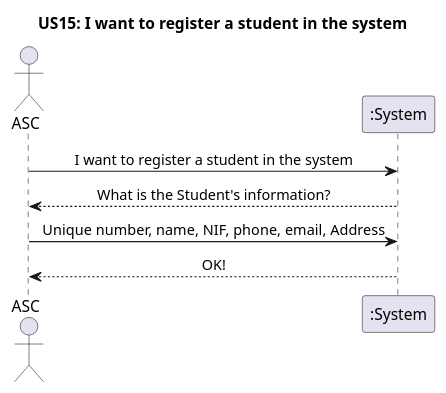
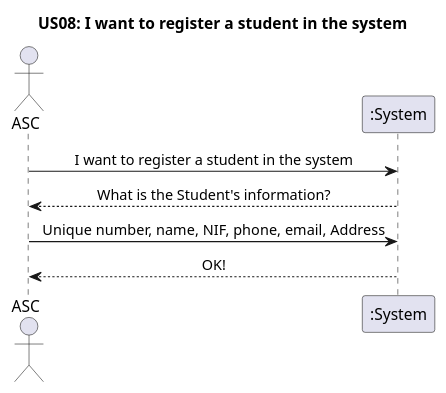
The diagram in docs/sequenceDiagrams/US08/US08_RegisterStudentInSystem_SSD.puml (GasparISEP/DevOps-PAI), drawn with PlantUML before and after one commit. The commit also changed 1 other file, not shown here.

Commit message:
Altered US08 Sequence Diagram Made correction to US08 SSD

```diff
--- a/docs/sequenceDiagrams/US08/US08_RegisterStudentInSystem_SSD.puml
+++ b/docs/sequenceDiagrams/US08/US08_RegisterStudentInSystem_SSD.puml
@@ -1,15 +1,15 @@
 @startuml
 'https://plantuml.com/sequence-diagram
 
 skinparam sequenceMessageAlign center
 
-title US15: I want to register a student in the system
+title US08: I want to register a student in the system
 actor ASC
 participant ":System" as System
 
 ASC -> System: I want to register a student in the system
 System --> ASC: What is the Student's information?
 ASC -> System: Unique number, name, NIF, phone, email, Address
 System --> ASC: OK!
 
 @enduml
```
